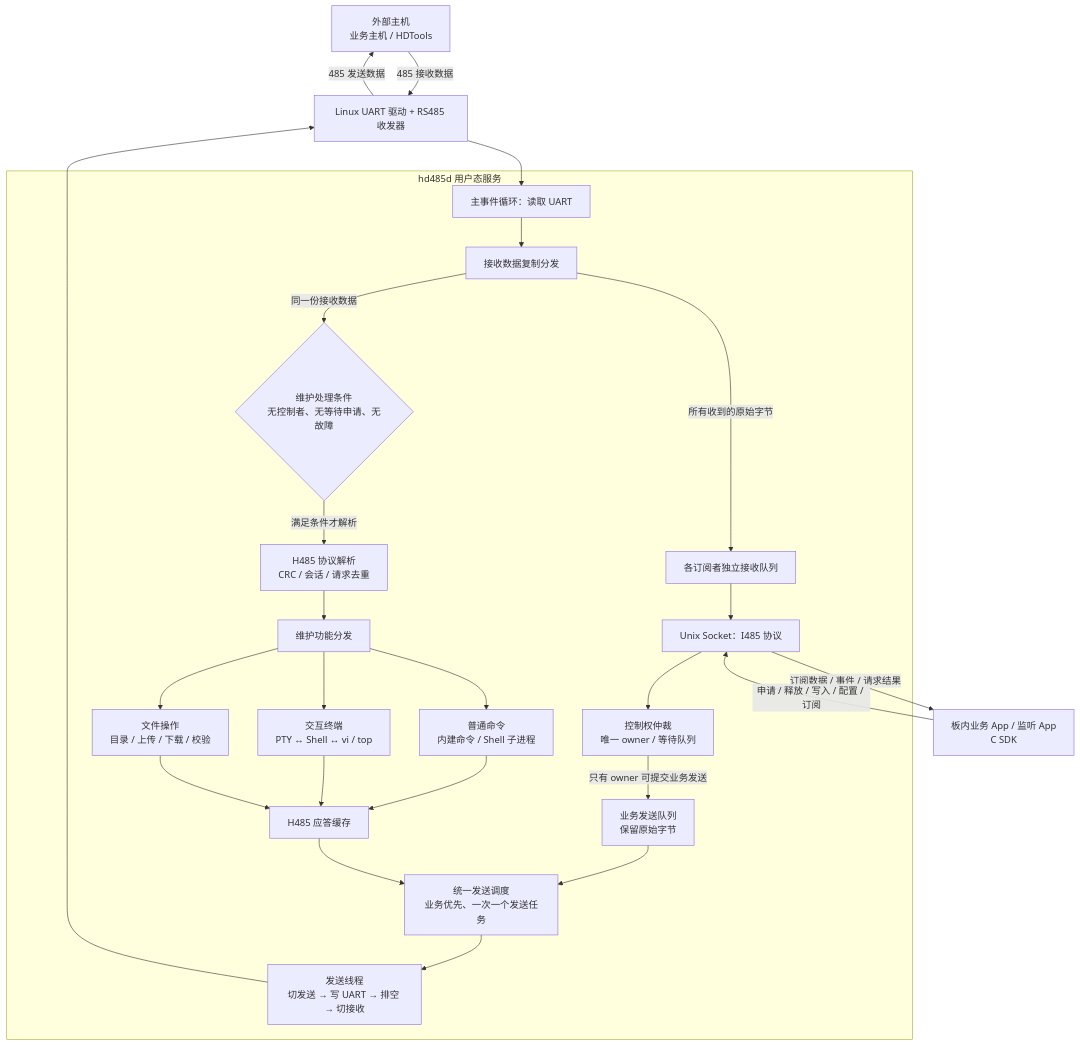
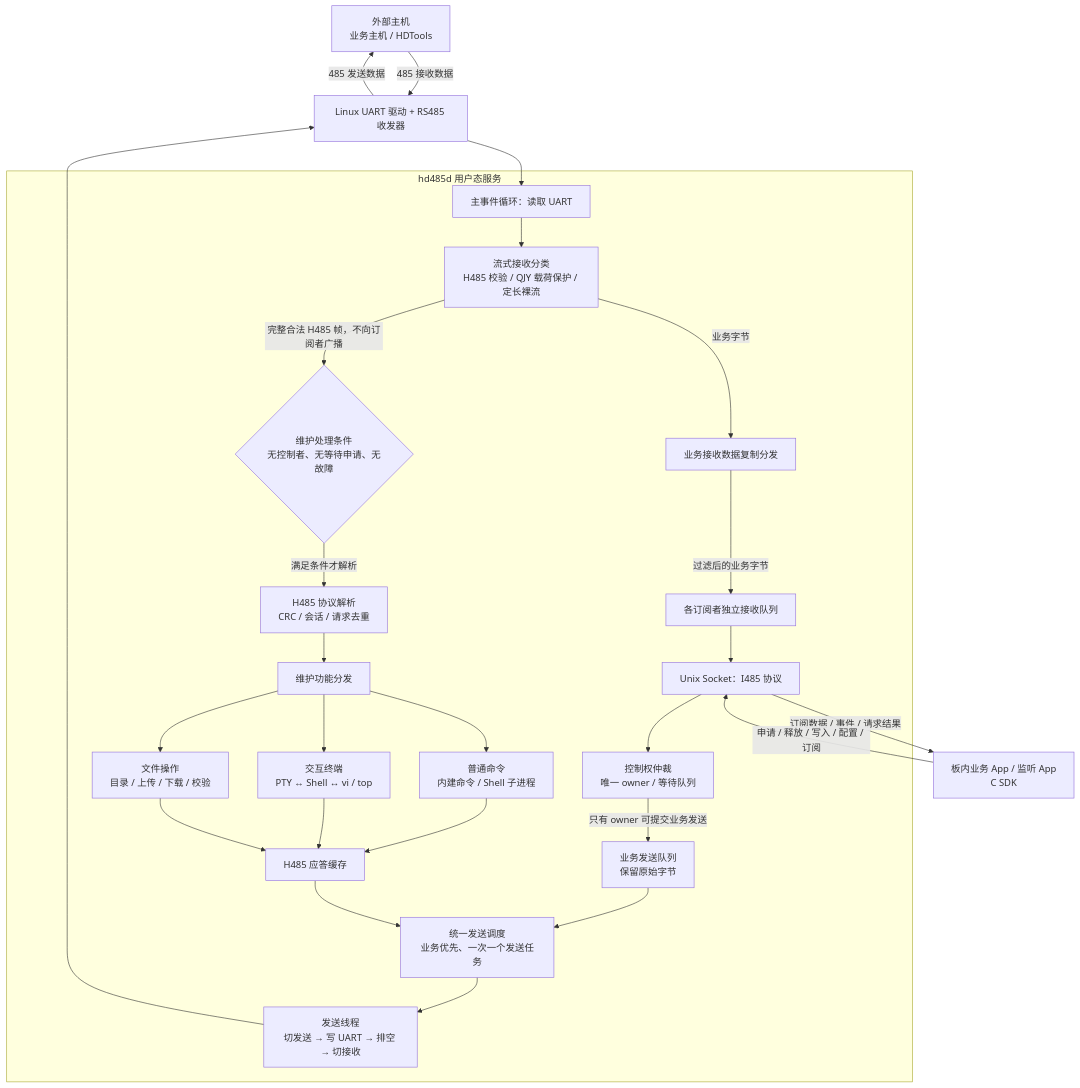
Before and after one commit to zeeeeej/hd485d: the first of 3 diagrams in ARCHITECTURE.md, drawn with Mermaid. The commit also changed other lines of this file and 40 other files, not shown here.

````diff
--- a/ARCHITECTURE.md
+++ b/ARCHITECTURE.md
@@ -15,45 +15,47 @@
 ```mermaid
 flowchart TB
     HOST["外部主机<br/>业务主机 / HDTools"]
     UART["Linux UART 驱动 + RS485 收发器"]
 
     subgraph SERVICE["hd485d 用户态服务"]
         RX["主事件循环：读取 UART"]
-        FAN["接收数据复制分发"]
+        CLASS["流式接收分类<br/>H485 校验 / QJY 载荷保护 / 定长裸流"]
+        FAN["业务接收数据复制分发"]
         SUB["各订阅者独立接收队列"]
         GATE{"维护处理条件<br/>无控制者、无等待申请、无故障"}
         PARSE["H485 协议解析<br/>CRC / 会话 / 请求去重"]
         MAINT["维护功能分发"]
         CMD["普通命令<br/>内建命令 / Shell 子进程"]
         PTY["交互终端<br/>PTY ↔ Shell ↔ vi / top"]
         FILE["文件操作<br/>目录 / 上传 / 下载 / 校验"]
         RESP["H485 应答缓存"]
         IPC["Unix Socket：I485 协议"]
         ARB["控制权仲裁<br/>唯一 owner / 等待队列"]
         BTX["业务发送队列<br/>保留原始字节"]
         SCHED["统一发送调度<br/>业务优先、一次一个发送任务"]
         TX["发送线程<br/>切发送 → 写 UART → 排空 → 切接收"]
     end
 
     APP["板内业务 App / 监听 App<br/>C SDK"]
 
     HOST -->|"485 接收数据"| UART
-    UART --> RX --> FAN
-    FAN -->|"所有收到的原始字节"| SUB
+    UART --> RX --> CLASS
+    CLASS -->|"业务字节"| FAN
+    FAN -->|"过滤后的业务字节"| SUB
     SUB --> IPC -->|"订阅数据 / 事件 / 请求结果"| APP
-    FAN -->|"同一份接收数据"| GATE
+    CLASS -->|"完整合法 H485 帧，不向订阅者广播"| GATE
     GATE -->|"满足条件才解析"| PARSE --> MAINT
     MAINT --> CMD
     MAINT --> PTY
     MAINT --> FILE
     CMD --> RESP
     PTY --> RESP
     FILE --> RESP
     APP -->|"申请 / 释放 / 写入 / 配置 / 订阅"| IPC
     IPC --> ARB
     ARB -->|"只有 owner 可提交业务发送"| BTX
     BTX --> SCHED
     RESP --> SCHED
     SCHED --> TX --> UART
     UART -->|"485 发送数据"| HOST
 ```
````
